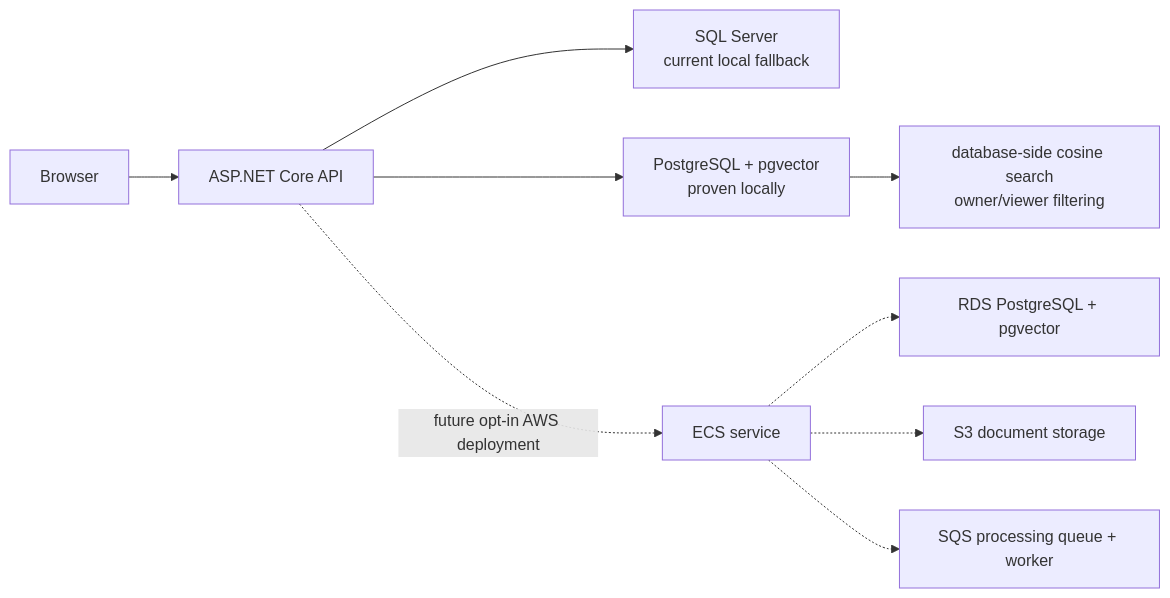
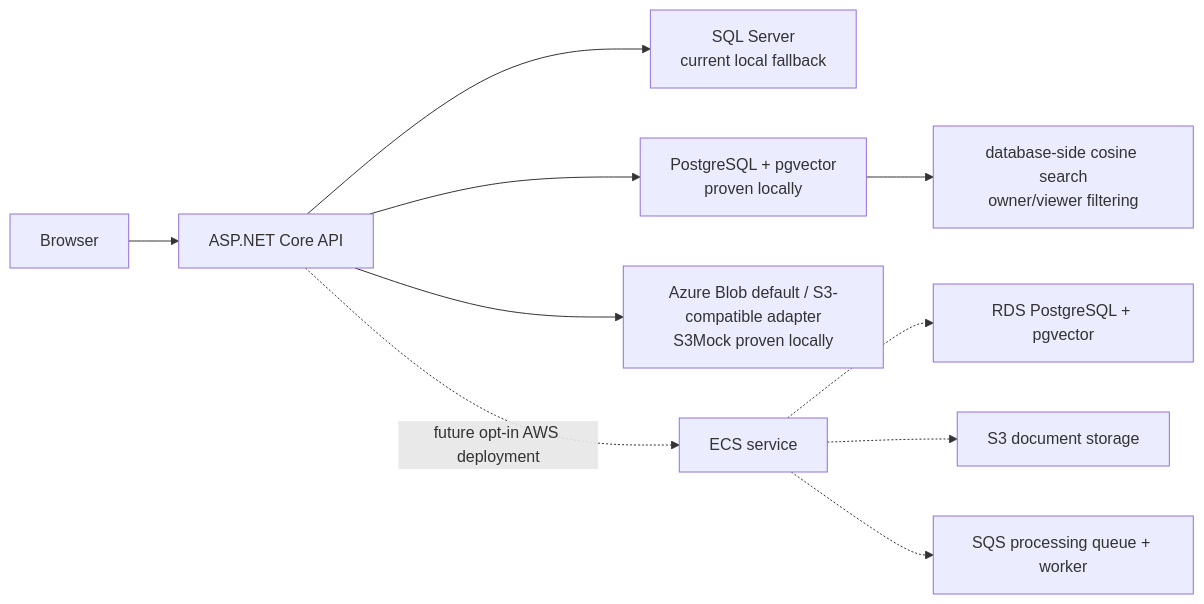
One commit to SB4647/InsightVault changed the second of 5 diagrams in README.md. Above: the diagram before and after it, drawn with Mermaid. The commit also changed other lines of this file and 17 other files, not shown here.

````diff
--- a/README.md
+++ b/README.md
@@ -116,13 +117,14 @@
 ```mermaid
 flowchart LR
     Browser["Browser"] --> Api["ASP.NET Core API"]
 
     Api --> SqlServer["SQL Server\ncurrent local fallback"]
     Api --> Postgres["PostgreSQL + pgvector\nproven locally"]
+    Api --> ObjectStorage["Azure Blob default / S3-compatible adapter\nS3Mock proven locally"]
     Postgres --> VectorSearch["database-side cosine search\nowner/viewer filtering"]
 
     Api -. "future opt-in AWS deployment" .-> Ecs["ECS service"]
     Ecs -.-> Rds["RDS PostgreSQL + pgvector"]
     Ecs -.-> S3["S3 document storage"]
     Ecs -.-> Sqs["SQS processing queue + worker"]
 ```
````
